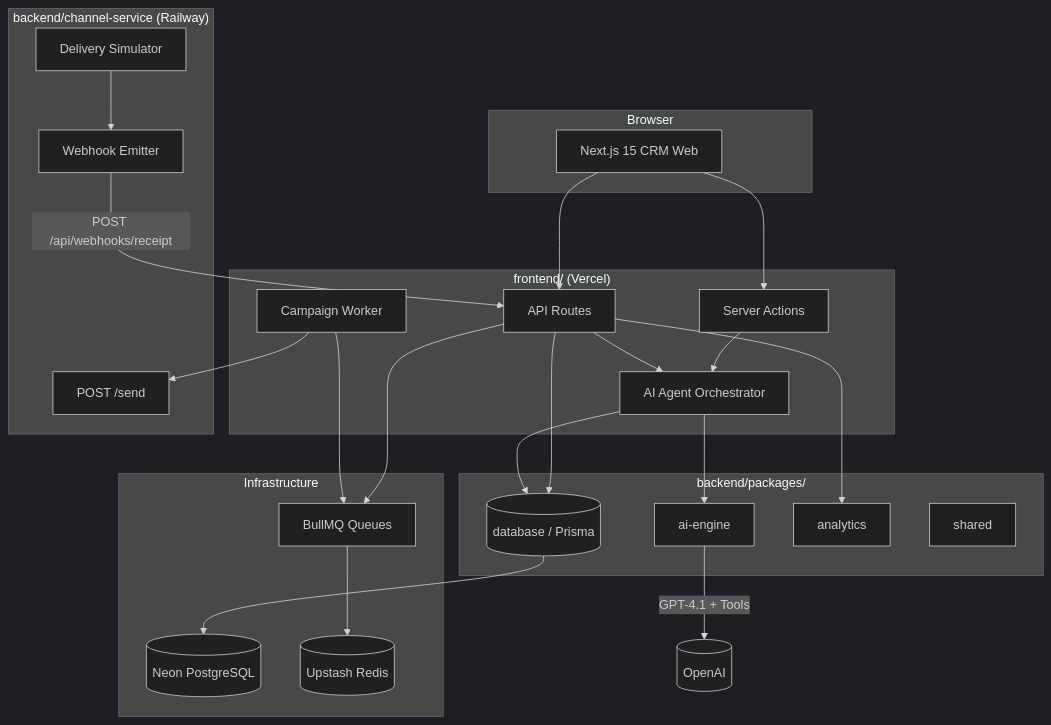
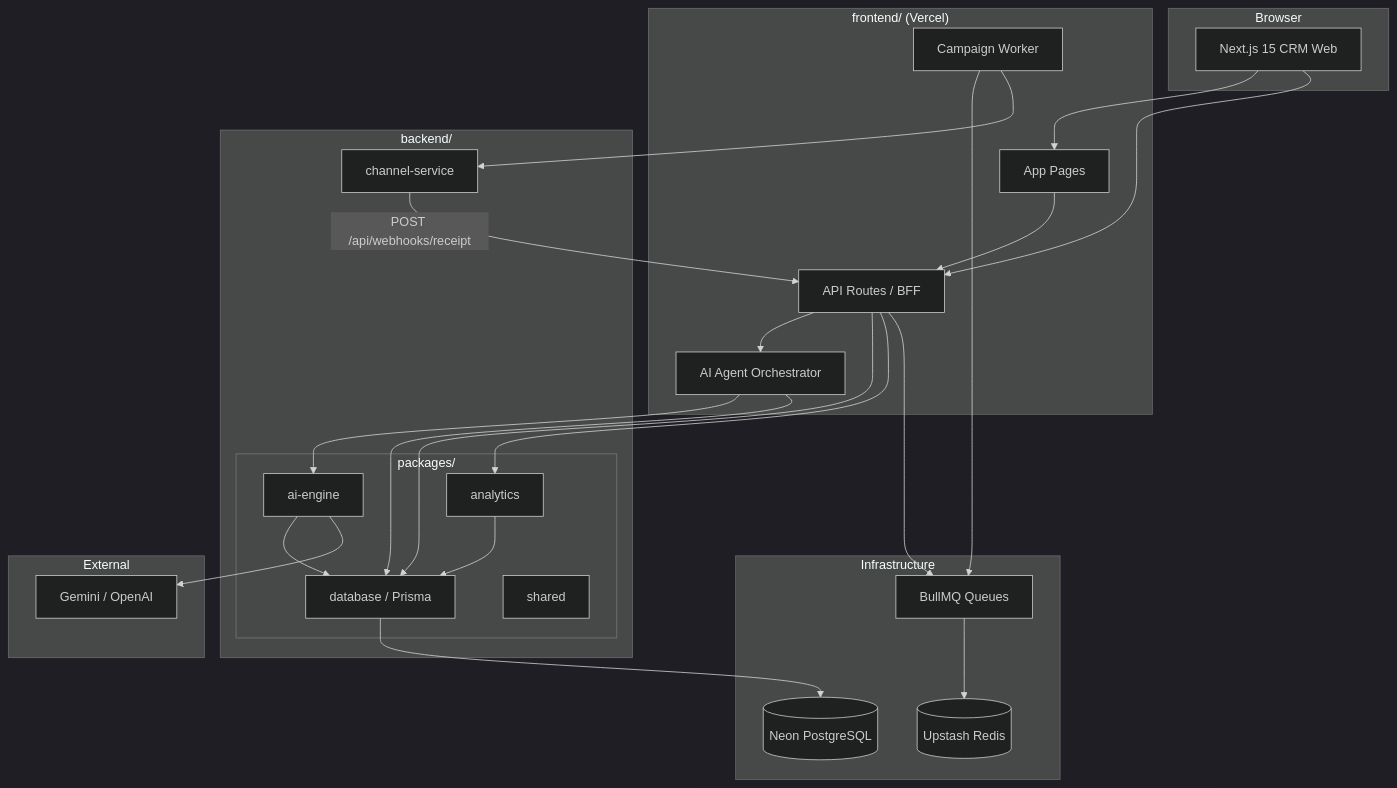
Before and after one commit to dheventhsj/xeno: the first of 4 diagrams in backend/docs/ARCHITECTURE.md, drawn with Mermaid (dark theme). The commit also changed other lines of this file and 1 other file, not shown here.

Commit message:
Pin Architecture nav button above sidebar footer and redeploy.

````diff
--- a/backend/docs/ARCHITECTURE.md
+++ b/backend/docs/ARCHITECTURE.md
@@ -7,47 +7,50 @@
 ```mermaid
 flowchart TB
   subgraph Client["Browser"]
     UI[Next.js 15 CRM Web]
   end
 
-  subgraph CRM["frontend/ (Vercel)"]
-    SA[Server Actions]
-    API[API Routes]
+  subgraph Frontend["frontend/ (Vercel)"]
+    PAGES[App Pages]
+    API[API Routes / BFF]
     AGENT[AI Agent Orchestrator]
     WORKER[Campaign Worker]
   end
 
-  subgraph Packages["backend/packages/"]
-    AI[ai-engine]
-    DB[(database / Prisma)]
-    AN[analytics]
-    SH[shared]
+  subgraph Backend["backend/"]
+    subgraph Packages["packages/"]
+      AI[ai-engine]
+      DBPKG[database / Prisma]
+      AN[analytics]
+      SH[shared]
+    end
+    CH[channel-service]
   end
 
   subgraph Infra["Infrastructure"]
     PG[(Neon PostgreSQL)]
     RQ[(Upstash Redis)]
     BQ[BullMQ Queues]
   end
 
-  subgraph Channel["backend/channel-service (Railway)"]
-    SEND[POST /send]
-    SIM[Delivery Simulator]
-    WH[Webhook Emitter]
+  subgraph External["External"]
+    LLM[Gemini / OpenAI]
   end
 
-  UI --> SA & API
-  SA & API --> AGENT
+  UI --> PAGES & API
+  PAGES --> API
+  API --> AGENT
   AGENT --> AI
-  API --> DB
-  AGENT --> DB
+  API --> DBPKG
+  AGENT --> DBPKG
+  API --> AN
   API --> BQ
   WORKER --> BQ
-  WORKER --> SEND
+  WORKER --> CH
   BQ --> RQ
-  DB --> PG
-  SIM --> WH
-  WH -->|POST /api/webhooks/receipt| API
-  API --> AN
-  AI -->|GPT-4.1 + Tools| OpenAI[(OpenAI)]
+  DBPKG --> PG
+  CH -->|POST /api/webhooks/receipt| API
+  AN --> DBPKG
+  AI --> DBPKG
+  AI --> LLM
 ```
````
